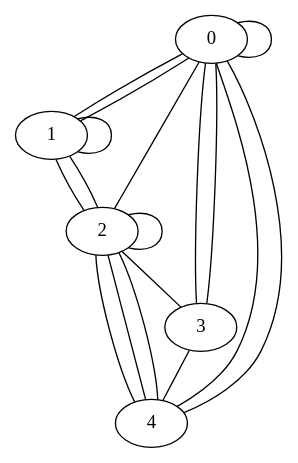
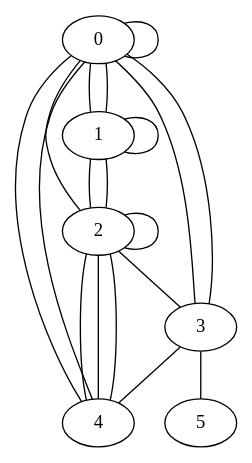
One commit to sovetnikovmm/dz2 changed the diagram in Graph.gv. Above: the diagram before and after it, drawn with Graphviz. The commit also changed 1 other file, not shown here.

```diff
--- a/Graph.gv
+++ b/Graph.gv
@@ -1,19 +1,20 @@
 graph {
 	0 -- 0
 	0 -- 1
 	0 -- 1
 	0 -- 2
 	0 -- 3
 	0 -- 3
 	0 -- 4
 	0 -- 4
 	1 -- 1
 	1 -- 2
 	1 -- 2
 	2 -- 2
 	2 -- 3
 	2 -- 4
 	2 -- 4
 	2 -- 4
 	3 -- 4
+	3 -- 5
 }
```
